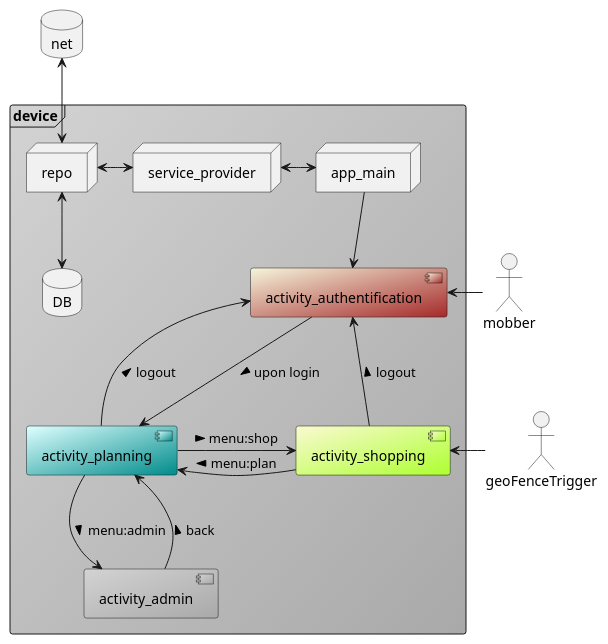
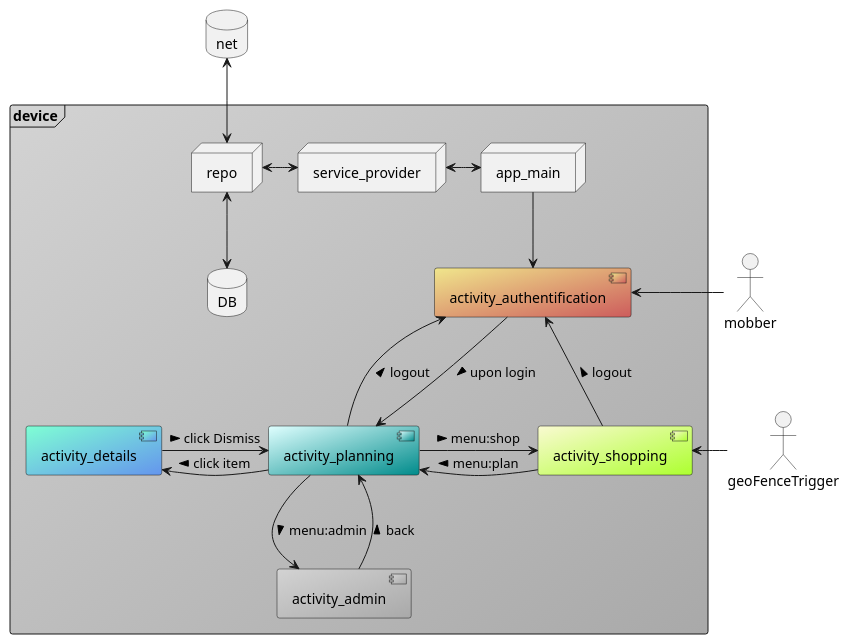
Before and after one commit to fwornle/ShopMob: the diagram in doc/puml/architecture_main.md, drawn with PlantUML. The commit also changed 1 other file, not shown here.

Commit message:
update main architecture modules UML & design document

````diff
--- a/doc/puml/architecture_main.md
+++ b/doc/puml/architecture_main.md
@@ -1,42 +1,46 @@
 ```plantuml
 @startuml component
 
 actor mobber
 actor geoFenceTrigger
 database net
 
 frame "device" #lightgray/darkgray {
 
     node app_main
     node service_provider
     node repo
     database DB
 
-    component activity_authentification #beige/brown
+    component activity_authentification #khaki/indianred
     component activity_planning #Lightcyan/Darkcyan
+    component activity_details #aquamarine/cornflowerblue
     component activity_shopping #LightGoldenRodYellow/GreenYellow
     component activity_admin #Lightgrey/Darkgray
 
     DB <-up-> repo
     repo <-right-> service_provider
     service_provider <-right-> app_main
     app_main -down-> activity_authentification
+
+    activity_details <-right- activity_planning : click item <
+    activity_details -left-> activity_planning : click Dismiss >
     
     activity_authentification -down-> activity_planning : upon login >
     activity_authentification <-right- activity_planning : logout <
     
     activity_planning -> activity_shopping : menu:shop >
     activity_planning <- activity_shopping : menu:plan <
     
     activity_shopping -> activity_authentification : logout >
     
     activity_planning -down-> activity_admin : menu:admin >
     activity_admin -down-> activity_planning : back >
 }
 
 mobber -left-> activity_authentification
 geoFenceTrigger -left-> activity_shopping
 net <-down-> repo
 
 @enduml
 ```
````
